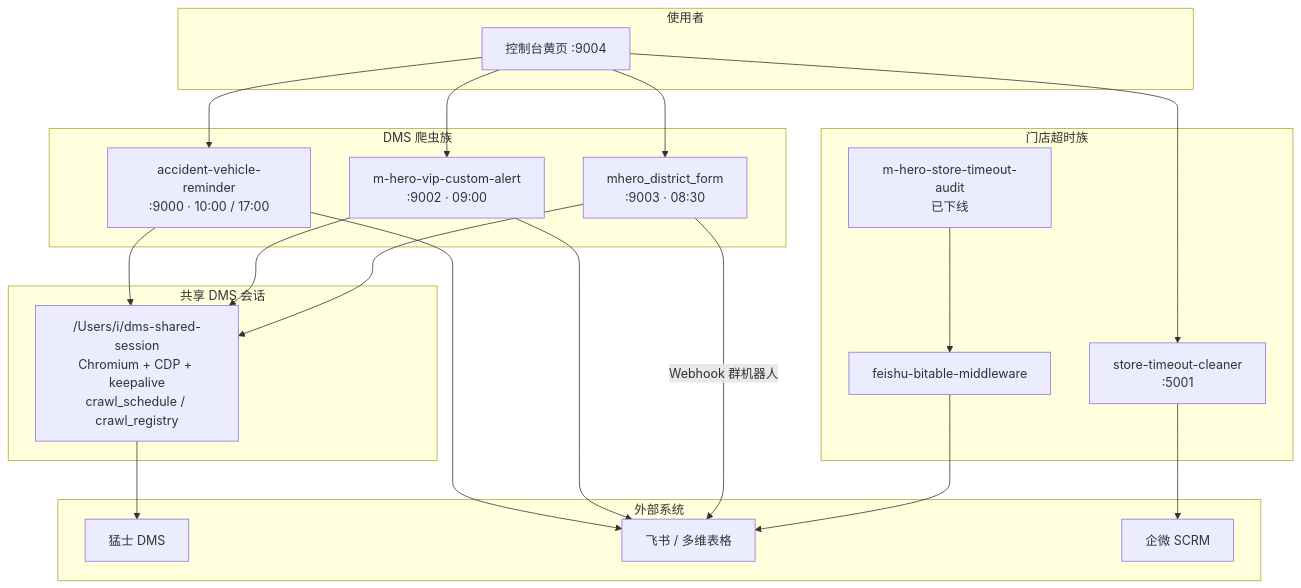
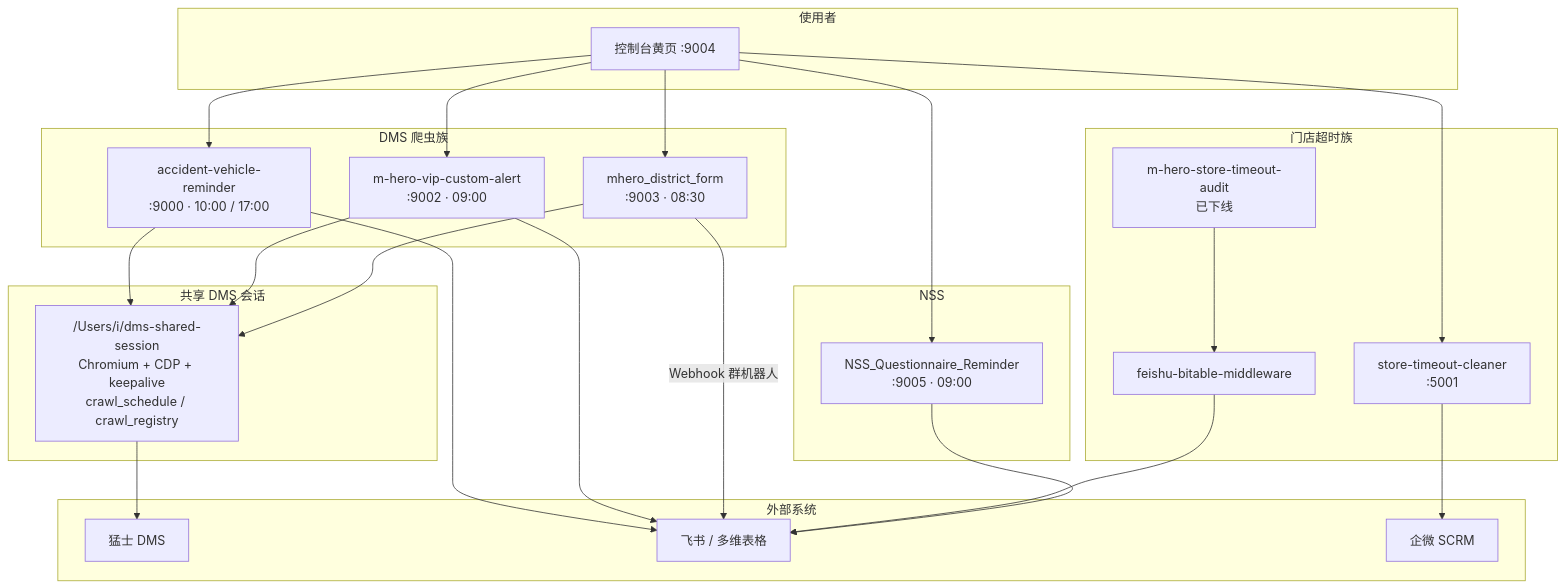
One commit to kaisonlau8/m-hero changed the diagram in README.md. Above: the diagram before and after it, drawn with Mermaid. The commit also changed other lines of this file and 4 other files, not shown here.

````diff
--- a/README.md
+++ b/README.md
@@ -45,36 +47,41 @@
 ```mermaid
 flowchart TB
   subgraph users [使用者]
     OA[控制台黄页 :9004]
   end
 
   subgraph dms_shared [共享 DMS 会话]
     SES["/Users/i/dms-shared-session\nChromium + CDP + keepalive\ncrawl_schedule / crawl_registry"]
   end
 
   subgraph crawlers [DMS 爬虫族]
     ACC[accident-vehicle-reminder\n:9000 · 10:00 / 17:00]
     VIP[m-hero-vip-custom-alert\n:9002 · 09:00]
     DIST[mhero_district_form\n:9003 · 08:30]
   end
 
   subgraph timeout [门店超时族]
     AUDIT[m-hero-store-timeout-audit\n已下线]
     CLEAN[store-timeout-cleaner\n:5001]
     MID[feishu-bitable-middleware]
   end
 
+  subgraph nss [NSS]
+    NSS[NSS_Questionnaire_Reminder\n:9005 · 09:00]
+  end
+
   subgraph external [外部系统]
     DMS[猛士 DMS]
     FS[飞书 / 多维表格]
     SCRM[企微 SCRM]
   end
 
-  OA --> ACC & VIP & DIST & CLEAN
+  OA --> ACC & VIP & DIST & CLEAN & NSS
   ACC & VIP & DIST --> SES
   SES --> DMS
   ACC & VIP --> FS
   DIST -->|Webhook 群机器人| FS
   AUDIT --> MID --> FS
   CLEAN --> SCRM
+  NSS --> FS
 ```
````
